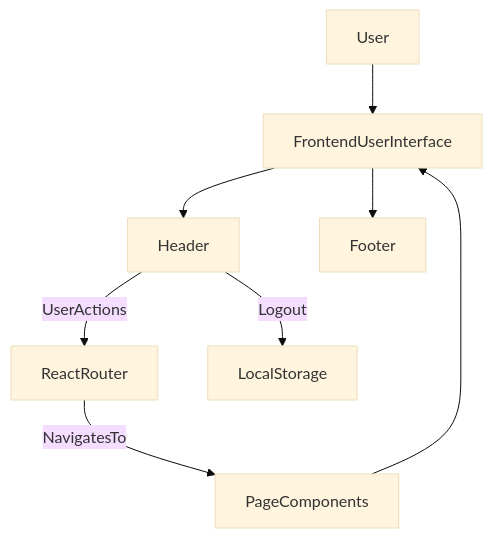
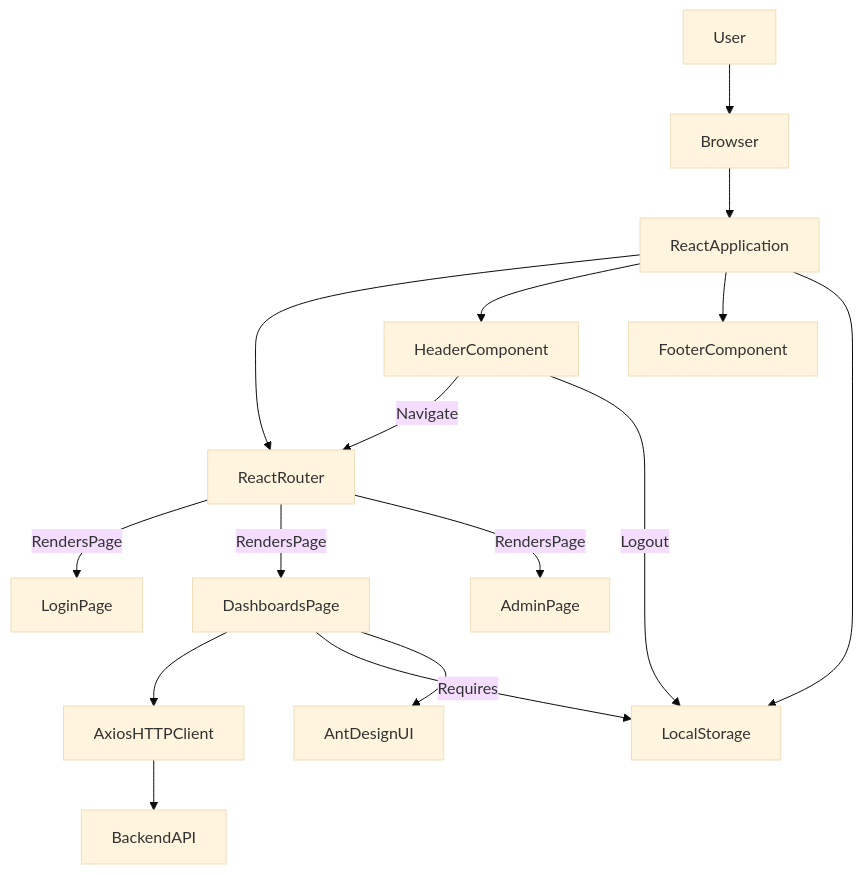
One commit to test-company-prowiz/maxify_frontend changed the diagram in docs/REPOSITORY_OVERVIEW.md. Above: the diagram before and after it, drawn with Mermaid (base theme). The commit also changed other lines of this file, not shown here.

````diff
--- a/docs/REPOSITORY_OVERVIEW.md
+++ b/docs/REPOSITORY_OVERVIEW.md
@@ -28,12 +33,23 @@
 ```mermaid
 graph TD
-User[User] --> FrontendUI[FrontendUserInterface];
-FrontendUI --> HeaderComponent[Header];
-FrontendUI --> FooterComponent[Footer];
+User[User] --> Browser[Browser];
+Browser --> ReactApp[ReactApplication];
 
-HeaderComponent -- UserActions --> Router[ReactRouter];
-Router -- NavigatesTo --> PageComponents[PageComponents];
-PageComponents --> FrontendUI;
+ReactApp --> Router[ReactRouter];
+ReactApp --> Header[HeaderComponent];
+ReactApp --> Footer[FooterComponent];
+ReactApp --> LocalStorage[LocalStorage];
 
-HeaderComponent -- Logout --> LocalStorage[LocalStorage];
+Header -- Navigate --> Router;
+Header -- Logout --> LocalStorage;
+
+Router -- RendersPage --> PageLogin[LoginPage];
+Router -- RendersPage --> PageDashboards[DashboardsPage];
+Router -- RendersPage --> PageAdmin[AdminPage];
+
+PageDashboards --> Axios[AxiosHTTPClient];
+PageDashboards -- Requires --> LocalStorage;
+Axios --> BackendAPI[BackendAPI];
+
+PageDashboards --> AntDesign[AntDesignUI];
 ```
````
